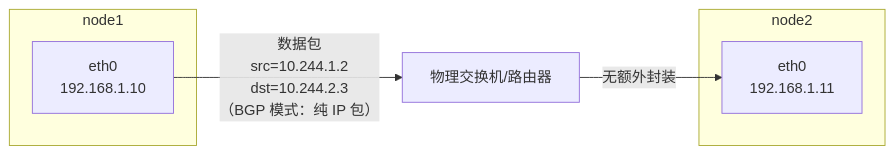
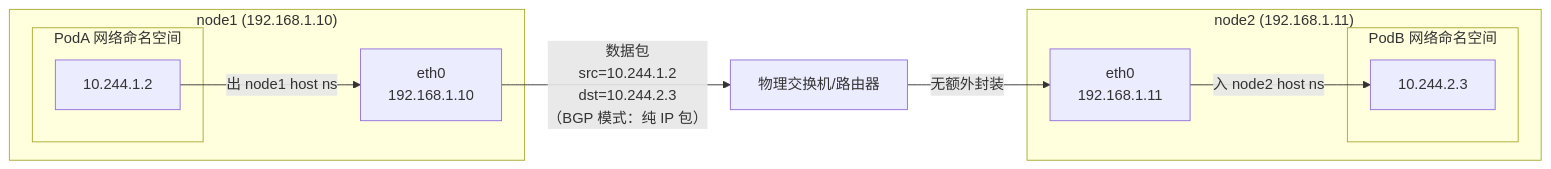
Before and after one commit to haiwei7050/notes: the fifth of 16 diagrams in k8s/k8s集群网络笔记.md, drawn with Mermaid. The commit also changed other lines of this file, not shown here.

````diff
--- a/k8s/k8s集群网络笔记.md
+++ b/k8s/k8s集群网络笔记.md
@@ -272,15 +301,23 @@
 ```mermaid
 graph LR
-    subgraph "node1"
+    subgraph NODE1["node1 (192.168.1.10)"]
+        subgraph PODA_NS["PodA 网络命名空间"]
+            PODA["10.244.1.2"]
+        end
         ETH1["eth0<br/>192.168.1.10"]
     end
     
     PHY["物理交换机/路由器"]
     
-    subgraph "node2"
+    subgraph NODE2["node2 (192.168.1.11)"]
         ETH2["eth0<br/>192.168.1.11"]
+        subgraph PODB_NS["PodB 网络命名空间"]
+            PODB["10.244.2.3"]
+        end
     end
     
+    PODA -->|"出 node1 host ns"| ETH1
     ETH1 -->|"数据包<br/>src=10.244.1.2<br/>dst=10.244.2.3<br/>（BGP 模式：纯 IP 包）"| PHY
     PHY -->|"无额外封装"| ETH2
+    ETH2 -->|"入 node2 host ns"| PODB
 ```
````
